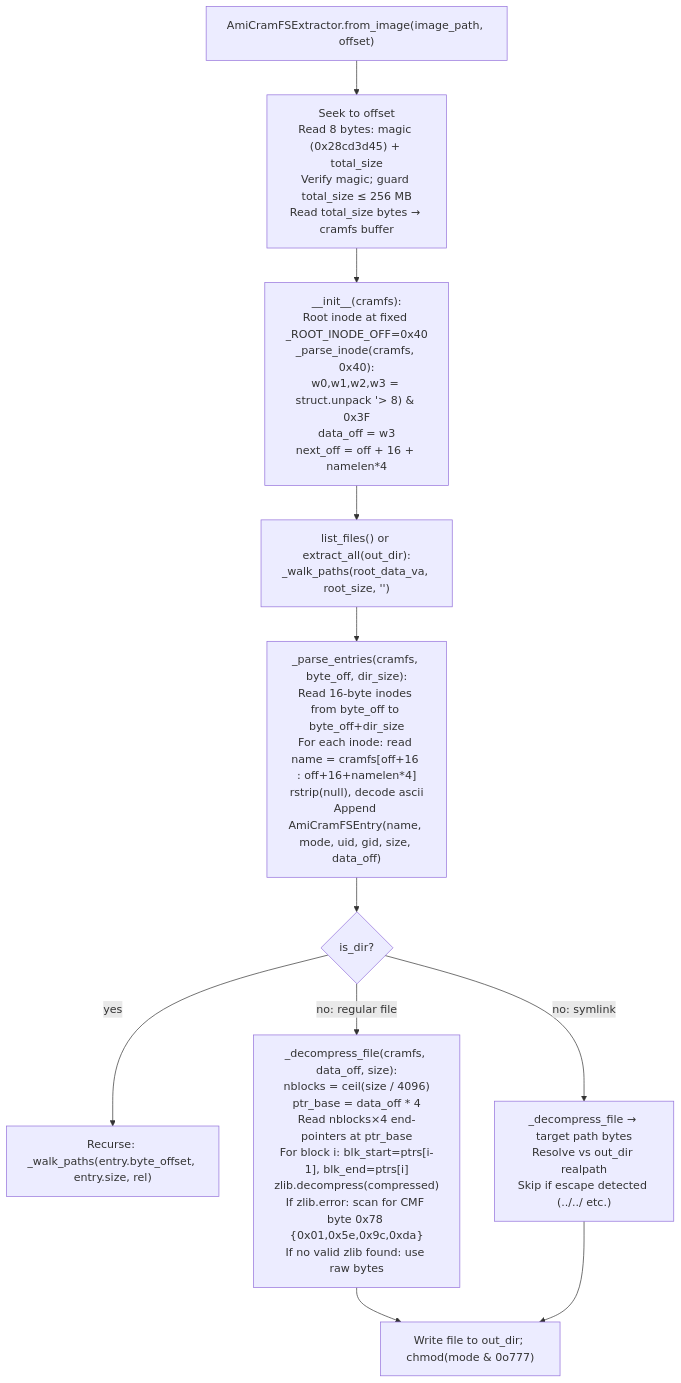
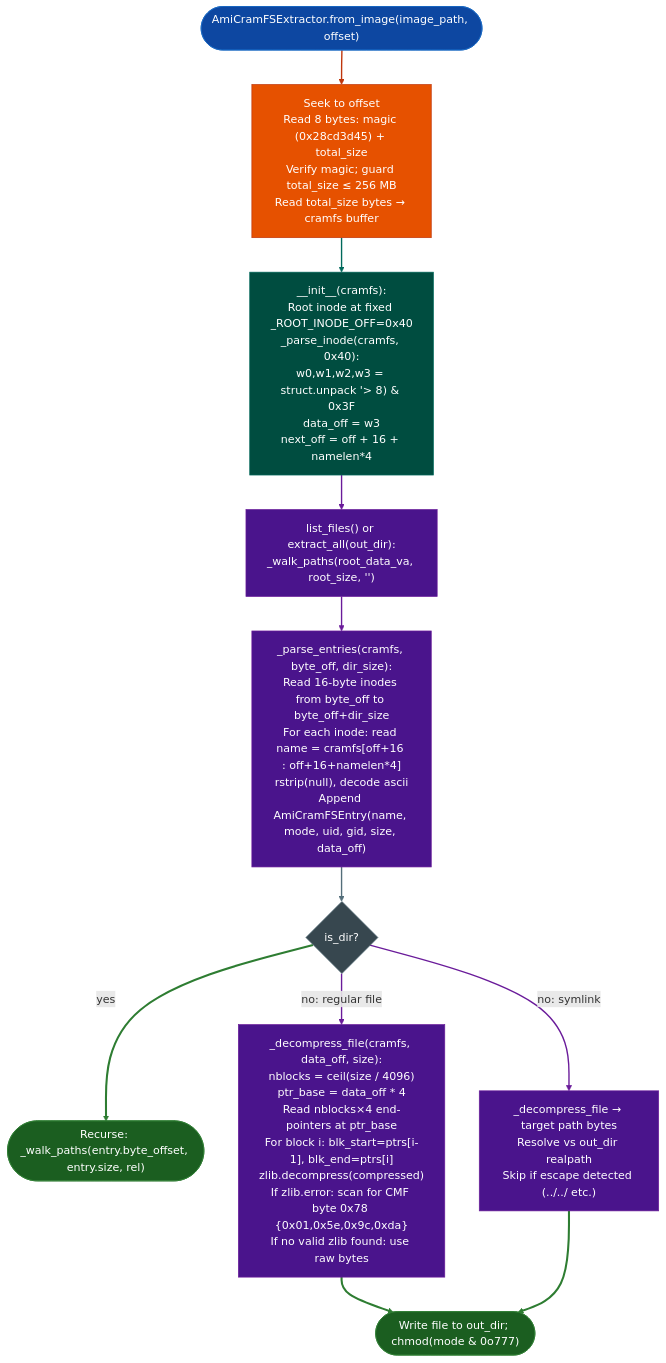
Before and after one commit to Ablation-Tool/ablation: the diagram in docs/reference-modules/ami-modified-cramfs.md, drawn with Mermaid. The commit also changed 320 other files, not shown here.

First line of the commit message:
docs: apply canonical Mermaid template to all 321 diagrams

````diff
--- a/docs/reference-modules/ami-modified-cramfs.md
+++ b/docs/reference-modules/ami-modified-cramfs.md
@@ -19,13 +19,29 @@
 ```mermaid
 flowchart TD
-    A["AmiCramFSExtractor.from_image(image_path, offset)"] --> B["Seek to offset\nRead 8 bytes: magic (0x28cd3d45) + total_size\nVerify magic; guard total_size ≤ 256 MB\nRead total_size bytes → cramfs buffer"]
-    B --> C["__init__(cramfs):\nRoot inode at fixed _ROOT_INODE_OFF=0x40\n_parse_inode(cramfs, 0x40):\nw0,w1,w2,w3 = struct.unpack '<IIII'\nmode=w0[0:16], uid=w0[16:32]\nsize=w1[0:24], gid=w1[24:32]\nnamelen = (w2 >> 8) & 0x3F\ndata_off = w3\nnext_off = off + 16 + namelen*4"]
-    C --> D["list_files() or extract_all(out_dir):\n_walk_paths(root_data_va, root_size, '')"]
-    D --> E["_parse_entries(cramfs, byte_off, dir_size):\nRead 16-byte inodes from byte_off to byte_off+dir_size\nFor each inode: read name = cramfs[off+16 : off+16+namelen*4]\nrstrip(null), decode ascii\nAppend AmiCramFSEntry(name, mode, uid, gid, size, data_off)"]
-    E --> F{"is_dir?"}
-    F -->|yes| G["Recurse: _walk_paths(entry.byte_offset, entry.size, rel)"]
-    F -->|no: regular file| H["_decompress_file(cramfs, data_off, size):\nnblocks = ceil(size / 4096)\nptr_base = data_off * 4\nRead nblocks×4 end-pointers at ptr_base\nFor block i: blk_start=ptrs[i-1], blk_end=ptrs[i]\nzlib.decompress(compressed)\nIf zlib.error: scan for CMF byte 0x78 {0x01,0x5e,0x9c,0xda}\nIf no valid zlib found: use raw bytes"]
-    F -->|no: symlink| I["_decompress_file → target path bytes\nResolve vs out_dir realpath\nSkip if escape detected (../../ etc.)"]
-    H --> J["Write file to out_dir; chmod(mode & 0o777)"]
-    I --> J
+    A(["AmiCramFSExtractor.from_image(image_path, offset)"]):::input --> B["Seek to offset\nRead 8 bytes: magic (0x28cd3d45) + total_size\nVerify magic; guard total_size ≤ 256 MB\nRead total_size bytes → cramfs buffer"]:::primary
+    B:::primary --> C["__init__(cramfs):\nRoot inode at fixed _ROOT_INODE_OFF=0x40\n_parse_inode(cramfs, 0x40):\nw0,w1,w2,w3 = struct.unpack '<IIII'\nmode=w0[0:16], uid=w0[16:32]\nsize=w1[0:24], gid=w1[24:32]\nnamelen = (w2 >> 8) & 0x3F\ndata_off = w3\nnext_off = off + 16 + namelen*4"]:::secondary
+    C:::secondary --> D["list_files() or extract_all(out_dir):\n_walk_paths(root_data_va, root_size, '')"]:::tertiary
+    D:::tertiary --> E["_parse_entries(cramfs, byte_off, dir_size):\nRead 16-byte inodes from byte_off to byte_off+dir_size\nFor each inode: read name = cramfs[off+16 : off+16+namelen*4]\nrstrip(null), decode ascii\nAppend AmiCramFSEntry(name, mode, uid, gid, size, data_off)"]:::tertiary
+    E:::tertiary --> F{"is_dir?"}:::neutral
+    F:::neutral -->|yes| G(["Recurse: _walk_paths(entry.byte_offset, entry.size, rel)"]):::output
+    F:::neutral -->|no: regular file| H["_decompress_file(cramfs, data_off, size):\nnblocks = ceil(size / 4096)\nptr_base = data_off * 4\nRead nblocks×4 end-pointers at ptr_base\nFor block i: blk_start=ptrs[i-1], blk_end=ptrs[i]\nzlib.decompress(compressed)\nIf zlib.error: scan for CMF byte 0x78 {0x01,0x5e,0x9c,0xda}\nIf no valid zlib found: use raw bytes"]:::tertiary
+    F:::neutral -->|no: symlink| I["_decompress_file → target path bytes\nResolve vs out_dir realpath\nSkip if escape detected (../../ etc.)"]:::tertiary
+    H:::tertiary --> J(["Write file to out_dir; chmod(mode & 0o777)"]):::output
+    I:::tertiary --> J:::output
+    classDef input     fill:#0d47a1,stroke:#1565c0,color:#fff
+    classDef primary   fill:#e65100,stroke:#bf360c,color:#fff
+    classDef secondary fill:#004d40,stroke:#00695c,color:#fff
+    classDef tertiary  fill:#4a148c,stroke:#6a1b9a,color:#fff
+    classDef neutral   fill:#37474f,stroke:#546e7a,color:#fff
+    classDef output    fill:#1b5e20,stroke:#2e7d32,color:#fff
+    linkStyle 0 stroke:#bf360c,stroke-width:2px
+    linkStyle 1 stroke:#00695c,stroke-width:2px
+    linkStyle 2 stroke:#6a1b9a,stroke-width:2px
+    linkStyle 3 stroke:#6a1b9a,stroke-width:2px
+    linkStyle 4 stroke:#546e7a,stroke-width:2px
+    linkStyle 5 stroke:#2e7d32,stroke-width:3px
+    linkStyle 6 stroke:#6a1b9a,stroke-width:2px
+    linkStyle 7 stroke:#6a1b9a,stroke-width:2px
+    linkStyle 8 stroke:#2e7d32,stroke-width:3px
+    linkStyle 9 stroke:#2e7d32,stroke-width:3px
 ```
````
